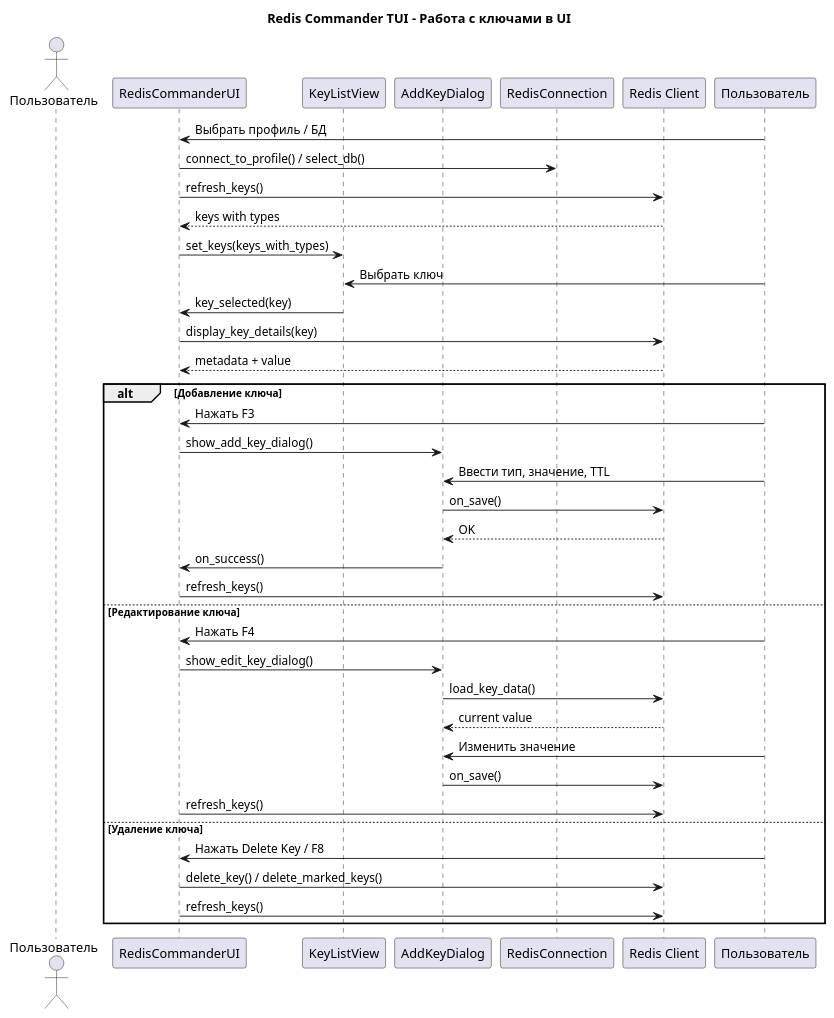
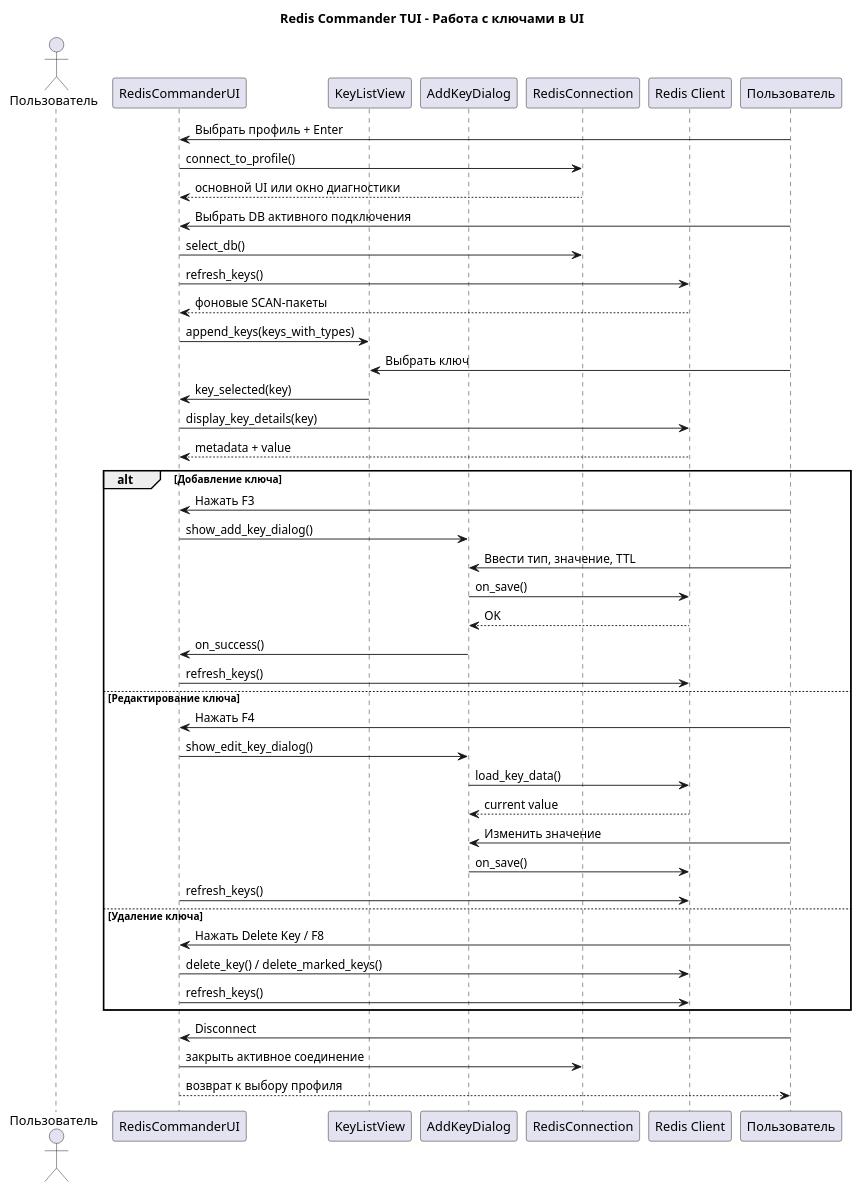
The diagram in diagramms/ui-key-workflow-ru.puml (dtarasov7/redis-commander), drawn with PlantUML before and after one commit. The commit also changed 33 other files, not shown here.

```diff
--- a/diagramms/ui-key-workflow-ru.puml
+++ b/diagramms/ui-key-workflow-ru.puml
@@ -1,44 +1,51 @@
 @startuml
 title Redis Commander TUI - Работа с ключами в UI
 
 actor User as "Пользователь"
 participant "RedisCommanderUI" as UI
 participant "KeyListView" as KeyList
 participant "AddKeyDialog" as Dialog
 participant "RedisConnection" as Conn
 participant "Redis Client" as Redis
 
-"Пользователь" -> UI: Выбрать профиль / БД
-UI -> Conn: connect_to_profile() / select_db()
+"Пользователь" -> UI: Выбрать профиль + Enter
+UI -> Conn: connect_to_profile()
+Conn --> UI: основной UI или окно диагностики
+"Пользователь" -> UI: Выбрать DB активного подключения
+UI -> Conn: select_db()
 UI -> Redis: refresh_keys()
-Redis --> UI: keys with types
-UI -> KeyList: set_keys(keys_with_types)
+Redis --> UI: фоновые SCAN-пакеты
+UI -> KeyList: append_keys(keys_with_types)
 
 "Пользователь" -> KeyList: Выбрать ключ
 KeyList -> UI: key_selected(key)
 UI -> Redis: display_key_details(key)
 Redis --> UI: metadata + value
 
 alt Добавление ключа
   "Пользователь" -> UI: Нажать F3
   UI -> Dialog: show_add_key_dialog()
   "Пользователь" -> Dialog: Ввести тип, значение, TTL
   Dialog -> Redis: on_save()
   Redis --> Dialog: OK
   Dialog -> UI: on_success()
   UI -> Redis: refresh_keys()
 else Редактирование ключа
   "Пользователь" -> UI: Нажать F4
   UI -> Dialog: show_edit_key_dialog()
   Dialog -> Redis: load_key_data()
   Redis --> Dialog: current value
   "Пользователь" -> Dialog: Изменить значение
   Dialog -> Redis: on_save()
   UI -> Redis: refresh_keys()
 else Удаление ключа
   "Пользователь" -> UI: Нажать Delete Key / F8
   UI -> Redis: delete_key() / delete_marked_keys()
   UI -> Redis: refresh_keys()
 end
 
+"Пользователь" -> UI: Disconnect
+UI -> Conn: закрыть активное соединение
+UI --> "Пользователь": возврат к выбору профиля
+
 @enduml
```
